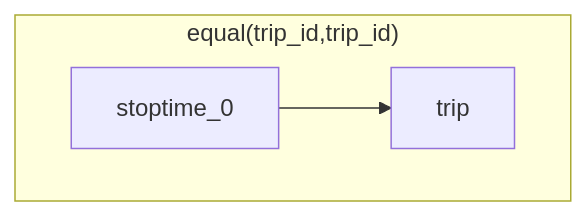
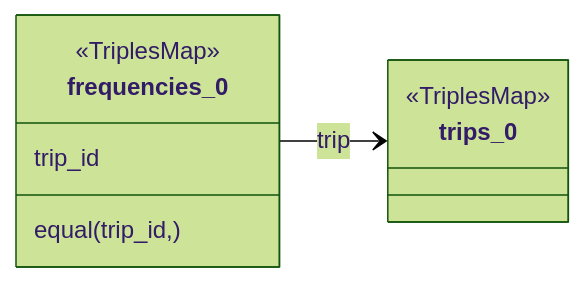
One commit to oeg-upm/rmldoc changed diagram 12 of 26 in src/RDFMappingDocumentation/out.md. Above: the diagram before and after it, drawn with Mermaid. The commit also changed other lines of this file, not shown here.

````diff
--- a/src/RDFMappingDocumentation/out.md
+++ b/src/RDFMappingDocumentation/out.md
@@ -112,7 +353,12 @@
 ```mermaid
-flowchart LR;
-	subgraph function:equal["equal(trip_id,trip_id)"]
-		direction LR
-		stoptime_0  --> trip
-	end
-```
+%%{ init : { "theme" : "forest", "flowchart" : { "curve" : "stepBefore" }}}%%
+classDiagram
+direction LR
+frequencies_0 --> trips_0 : trip
+frequencies_0: trip_id
+frequencies_0: equal(trip_id, )
+trips_0: 
+<<TriplesMap>> frequencies_0 
+<<TriplesMap>> trips_0
+   
+``` 
````
